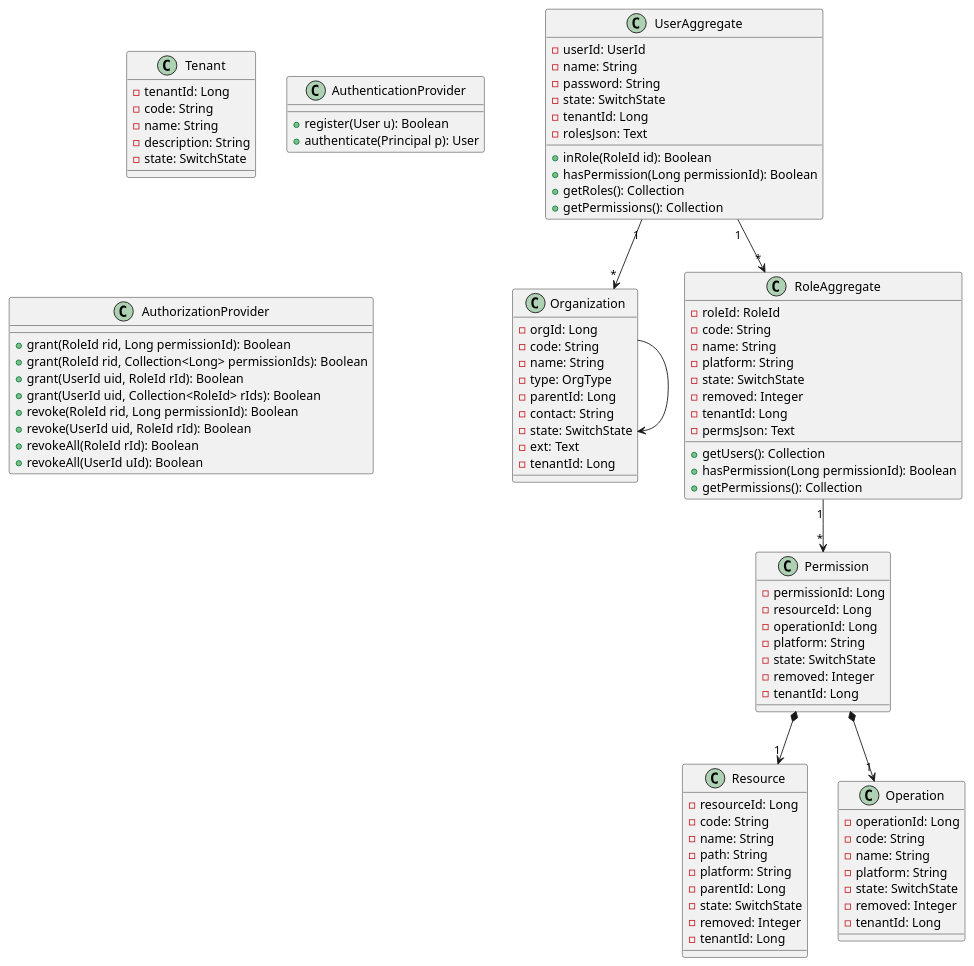
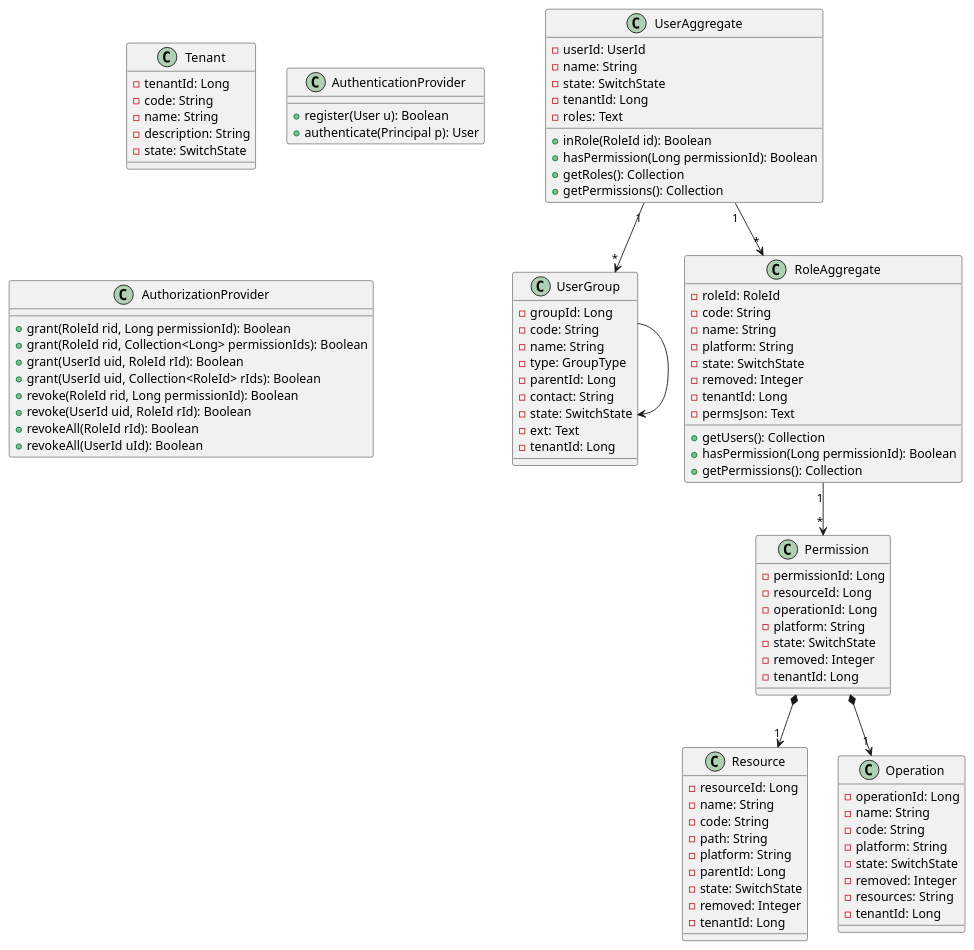
The diagram in documents/dm-oauth/oauth_cls_class.puml (xgyb12458/dm-platform), drawn with PlantUML before and after one commit. The commit also changed 1 other file, not shown here.

```diff
--- a/documents/dm-oauth/oauth_cls_class.puml
+++ b/documents/dm-oauth/oauth_cls_class.puml
@@ -1,133 +1,133 @@
 @startuml 组织与权限
 
 class Tenant {
     - tenantId: Long
     - code: String
     - name: String
     - description: String
     - state: SwitchState
 '    - createdAt: Long
 '    - updatedAt: Long
 '    - createdBy: UserId
 '    - updatedBy: UserId
 }
-class Organization {
-     - orgId: Long
+class UserGroup {
+     - groupId: Long
      - code: String
      - name: String
-     - type: OrgType
+     - type: GroupType
      - parentId: Long
      - contact: String
      - state: SwitchState
      - ext: Text
      - tenantId: Long
  '    - createdAt: Long
  '    - updatedAt: Long
  '    - createdBy: UserId
  '    - updatedBy: UserId
  }
 class AuthenticationProvider {
     + register(User u): Boolean
     + authenticate(Principal p): User
 }
 class AuthorizationProvider {
     + grant(RoleId rid, Long permissionId): Boolean
     + grant(RoleId rid, Collection<Long> permissionIds): Boolean
     + grant(UserId uid, RoleId rId): Boolean
     + grant(UserId uid, Collection<RoleId> rIds): Boolean
     + revoke(RoleId rid, Long permissionId): Boolean
     + revoke(UserId uid, RoleId rId): Boolean
     + revokeAll(RoleId rId): Boolean
     + revokeAll(UserId uId): Boolean
 }
 class UserAggregate {
     - userId: UserId
     - name: String
-    - password: String
     - state: SwitchState
     - tenantId: Long
-    - rolesJson: Text
+    - roles: Text
 '    - createdAt: Long
 '    - updatedAt: Long
 '    - createdBy: UserId
 '    - updatedBy: UserId
     + inRole(RoleId id): Boolean
     + hasPermission(Long permissionId): Boolean
     + getRoles(): Collection
     + getPermissions(): Collection
 }
 class RoleAggregate {
     - roleId: RoleId
     - code: String
     - name: String
     - platform: String
     - state: SwitchState
     - removed: Integer
     - tenantId: Long
     - permsJson: Text
 '    - createdAt: Long 创建时间
 '    - updatedAt: Long 更新时间
 '    - removedAt: Long 删除删减
 '    - createdBy: Long 创建人
 '    - updatedBy: Long 更新人
 '    - removedBy: Long 删除人
     + getUsers(): Collection
     + hasPermission(Long permissionId): Boolean
     + getPermissions(): Collection
 }
 class Permission {
     - permissionId: Long
     - resourceId: Long
     - operationId: Long
     - platform: String
     - state: SwitchState
     - removed: Integer
     - tenantId: Long
 '    - createdAt: Long
 '    - updatedAt: Long
 '    - removedAt: Long
 '    - createdBy: Long
 '    - updatedBy: Long
 '    - removedBy: Long
 }
 class Resource {
     - resourceId: Long
+    - name: String
     - code: String
-    - name: String
     - path: String
     - platform: String
     - parentId: Long
     - state: SwitchState
     - removed: Integer
     - tenantId: Long
 '    - createdAt: Long
 '    - updatedAt: Long
 '    - removedAt: Long
 '    - createdBy: Long
 '    - updatedBy: Long
 '    - removedBy: Long
 }
 class Operation {
     - operationId: Long
+    - name: String
     - code: String
-    - name: String
     - platform: String
     - state: SwitchState
     - removed: Integer
+    - resources: String
     - tenantId: Long
 '    - createdAt: Long
 '    - updatedAt: Long
 '    - removedAt: Long
 '    - createdBy: Long
 '    - updatedBy: Long
 '    - removedBy: Long
 }
 
-Organization --> Organization
-UserAggregate "1"-->"*" Organization
+UserGroup --> UserGroup
+UserAggregate "1"-->"*" UserGroup
 UserAggregate "1"-->"*" RoleAggregate
 RoleAggregate "1"-->"*" Permission
 Permission *-->"1" Resource
 Permission *-->"1" Operation
 
 @enduml
```
